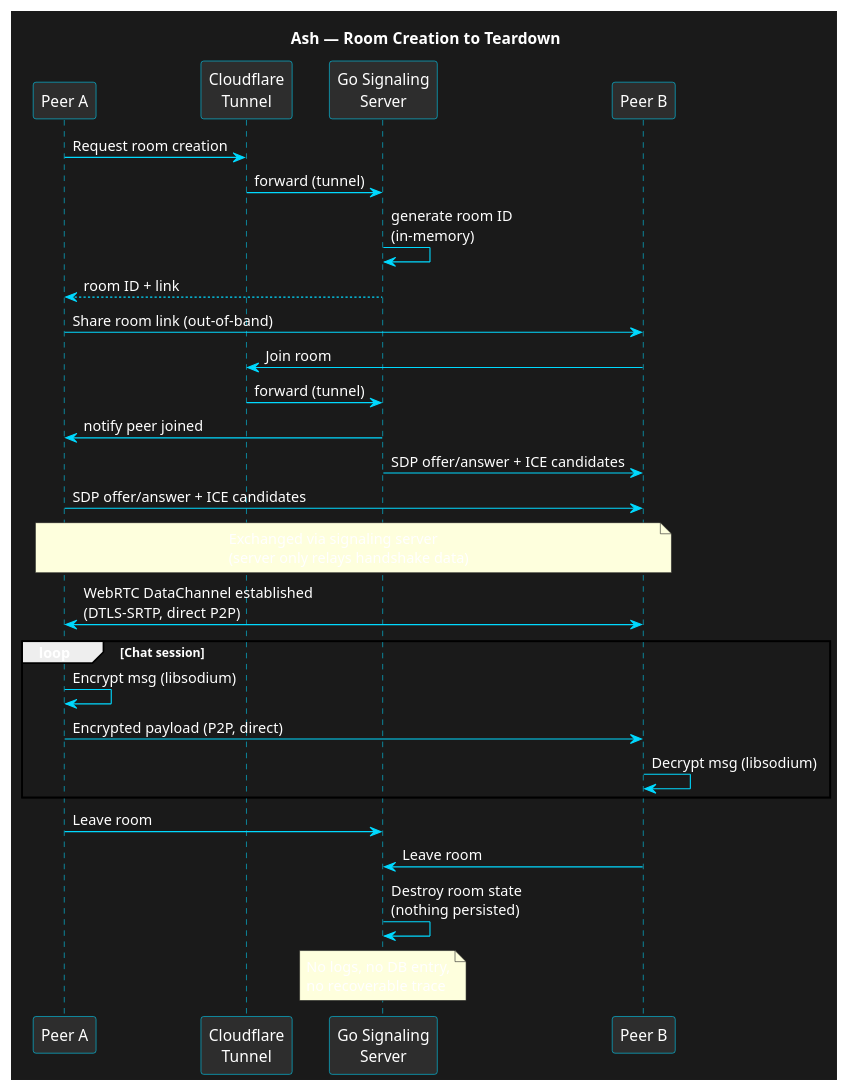
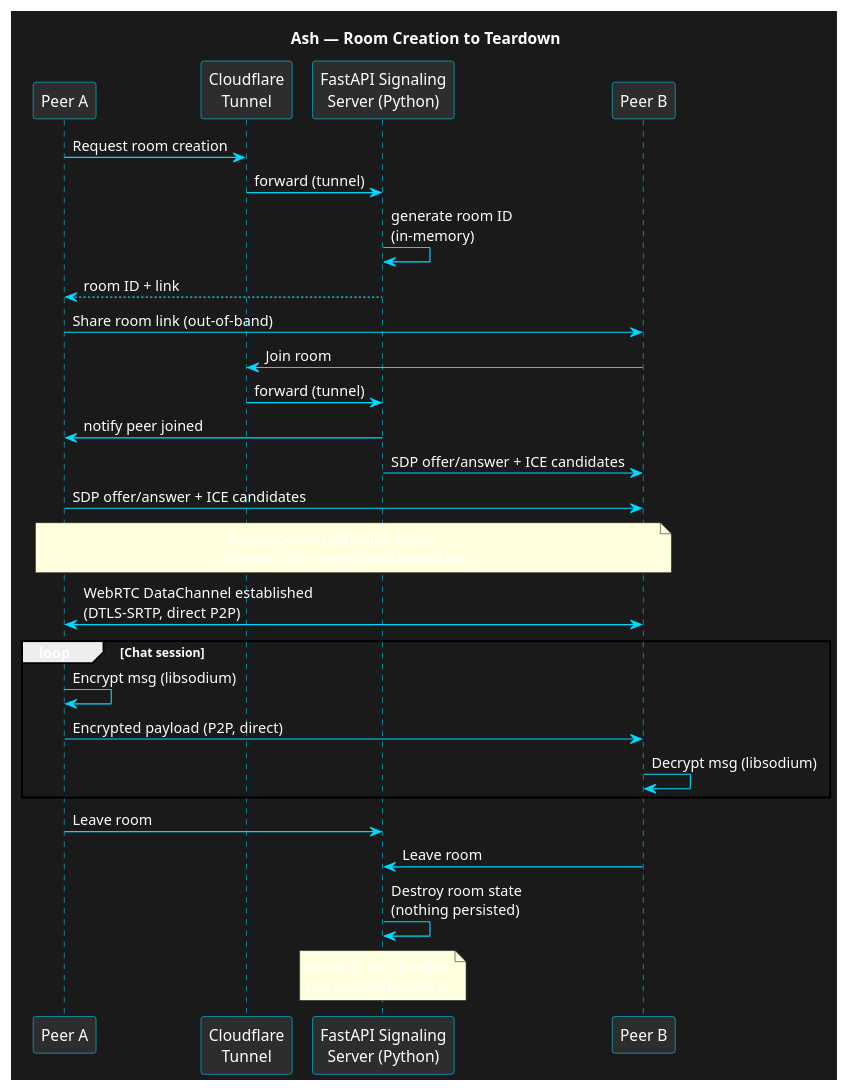
The diagram in docs/architecture/sequence.pu (devansharora18/ash), drawn with PlantUML before and after one commit. The commit also changed 3 other files, not shown here.

```diff
--- a/docs/architecture/sequence.pu
+++ b/docs/architecture/sequence.pu
@@ -1,46 +1,46 @@
 @startuml Ash_Message_Flow_Sequence
 
 skinparam backgroundColor #1a1a1a
 skinparam defaultFontColor #ffffff
 skinparam sequenceArrowColor #00d9ff
 skinparam sequenceLifeLineBorderColor #00d9ff
 skinparam sequenceParticipantBackgroundColor #2d2d2d
 skinparam sequenceParticipantBorderColor #00d9ff
 skinparam sequenceParticipantFontColor #ffffff
 
 title Ash — Room Creation to Teardown
 
 participant "Peer A" as A
 participant "Cloudflare\nTunnel" as CF
-participant "Go Signaling\nServer" as S
+participant "FastAPI Signaling\nServer (Python)" as S
 participant "Peer B" as B
 
 A -> CF : Request room creation
 CF -> S : forward (tunnel)
 S -> S : generate room ID\n(in-memory)
 S --> A : room ID + link
 
 A -> B : Share room link (out-of-band)
 
 B -> CF : Join room
 CF -> S : forward (tunnel)
 S -> A : notify peer joined
 S -> B : SDP offer/answer + ICE candidates
 A -> B : SDP offer/answer + ICE candidates
 note over A, B : Exchanged via signaling server\n(server only relays handshake data)
 
 A <-> B : WebRTC DataChannel established\n(DTLS-SRTP, direct P2P)
 
 loop Chat session
   A -> A : Encrypt msg (libsodium)
   A -> B : Encrypted payload (P2P, direct)
   B -> B : Decrypt msg (libsodium)
 end
 
 A -> S : Leave room
 B -> S : Leave room
 S -> S : Destroy room state\n(nothing persisted)
 
 note over S : No logs, no DB entry,\nno recoverable trace
 
 @enduml
```
